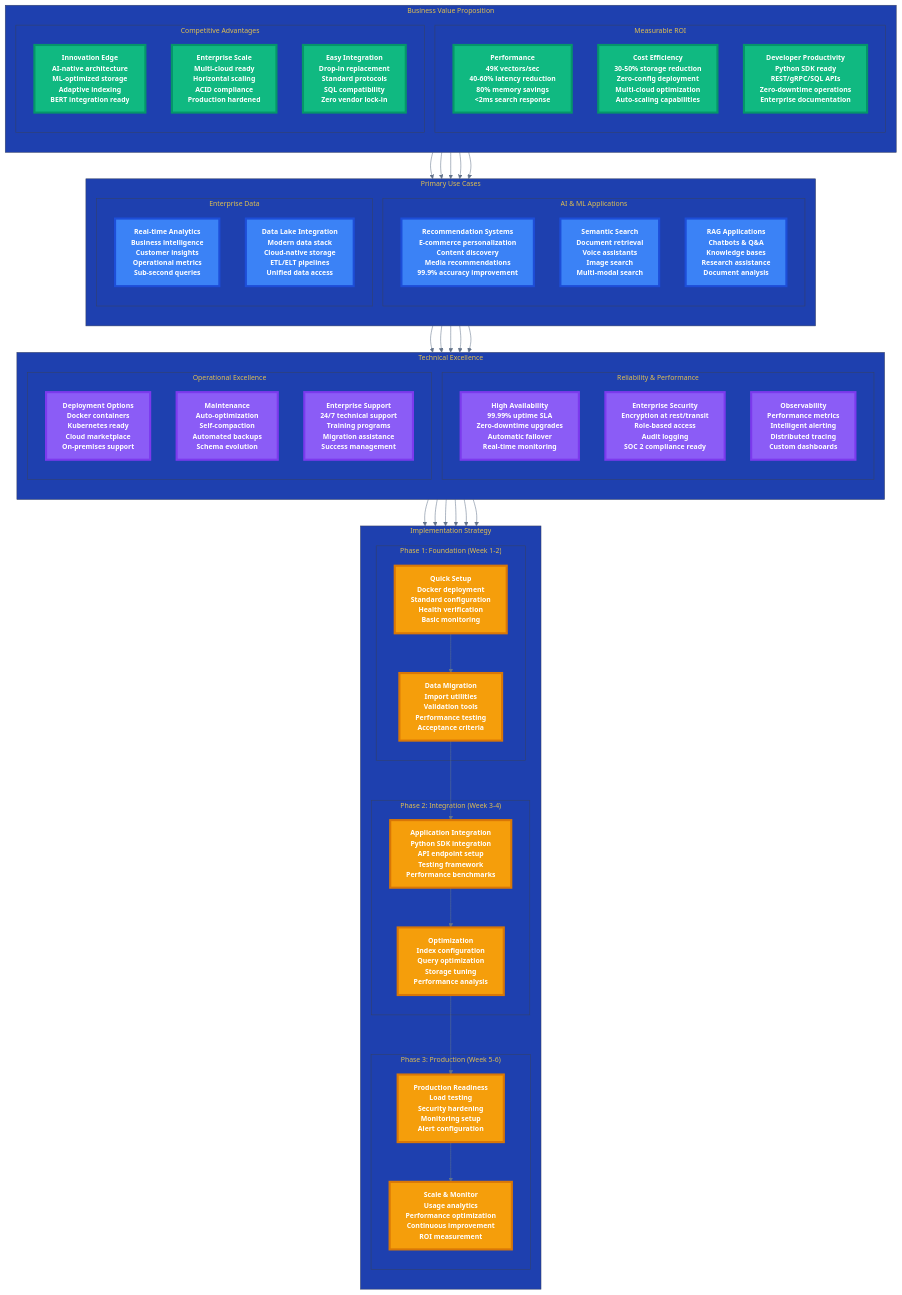
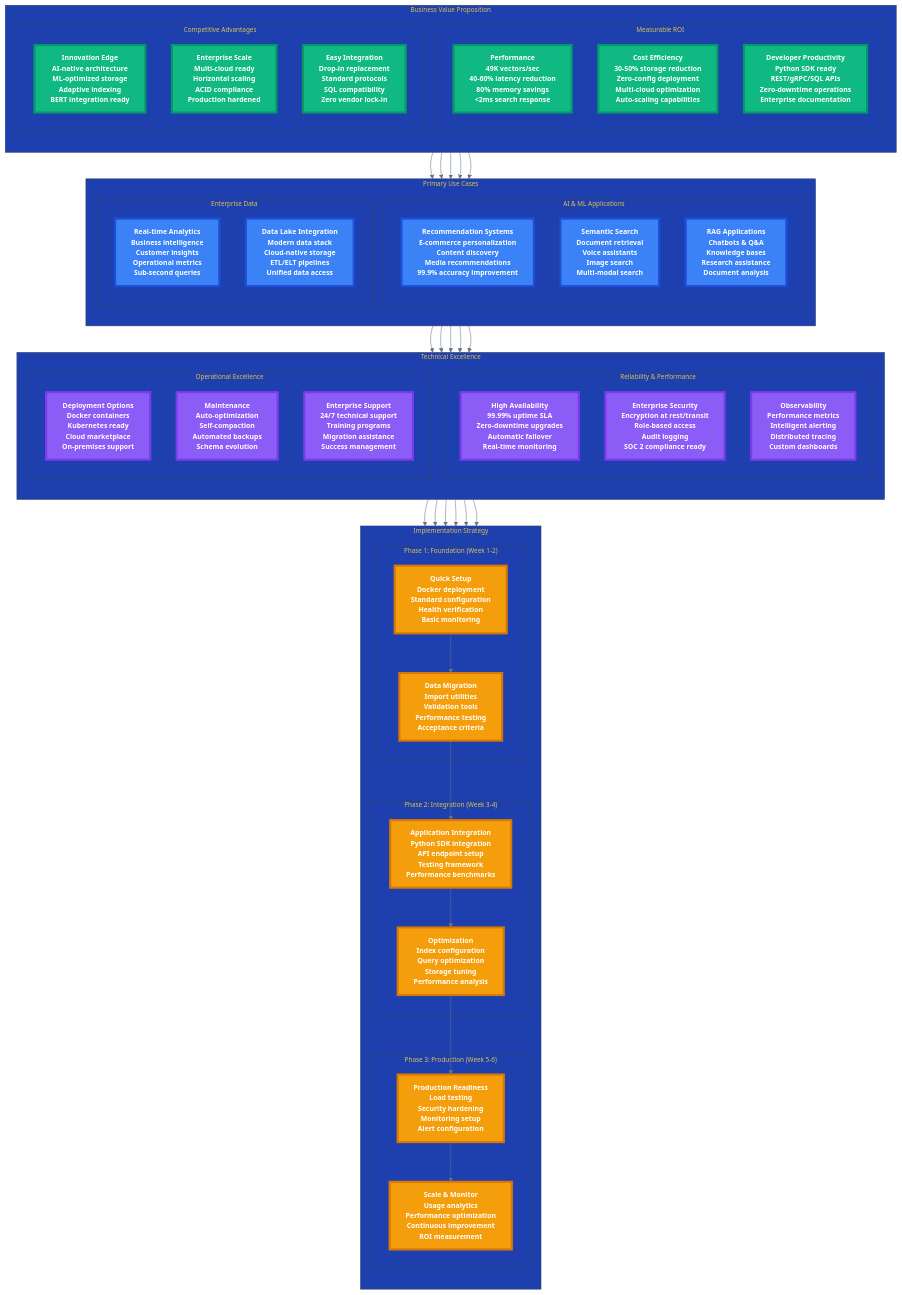
The diagram in docs/diagrams/business-system-overview.mmd (vjsingh1984/proximaDB), drawn with Mermaid before and after one commit. The commit also changed 23 other files, not shown here.

First line of the commit message:
fix: improve filesystem operations and diagram readability

```diff
--- a/docs/diagrams/business-system-overview.mmd
+++ b/docs/diagrams/business-system-overview.mmd
@@ -1,149 +1,149 @@
 %%{init: {'theme':'base', 'themeVariables': { 
   'primaryColor':'#1e293b', 
   'primaryTextColor':'#ffffff', 
   'primaryBorderColor':'#334155', 
   'lineColor':'#64748b', 
-  'fontSize':'13px', 
+  'fontSize':'12px', 
   'fontFamily':'Inter, -apple-system, sans-serif',
   'secondaryColor':'#0f172a',
   'tertiaryColor':'#1e40af',
   'background':'#ffffff',
   'mainBkg':'#f8fafc',
   'secondBkg':'#e2e8f0',
   'tertiaryBkg':'#cbd5e1'
 }}}%%
 
 graph TB
     %% ===========================================
     %% ProximaDB Business System Overview
     %% Executive & Decision Maker Focused
     %% ===========================================
     
     subgraph BusinessValue["Business Value Proposition"]
         direction TB
         
         subgraph ROI["Measurable ROI"]
             Performance["Performance<br/>49K vectors/sec<br/>40-60% latency reduction<br/>80% memory savings<br/><2ms search response"]
             
             CostSavings["Cost Efficiency<br/>30-50% storage reduction<br/>Zero-config deployment<br/>Multi-cloud optimization<br/>Auto-scaling capabilities"]
             
             Productivity["Developer Productivity<br/>Python SDK ready<br/>REST/gRPC/SQL APIs<br/>Zero-downtime operations<br/>Enterprise documentation"]
         end
         
         subgraph Competitive["Competitive Advantages"]
             Innovation["Innovation Edge<br/>AI-native architecture<br/>ML-optimized storage<br/>Adaptive indexing<br/>BERT integration ready"]
             
             Scalability["Enterprise Scale<br/>Multi-cloud ready<br/>Horizontal scaling<br/>ACID compliance<br/>Production hardened"]
             
             Integration["Easy Integration<br/>Drop-in replacement<br/>Standard protocols<br/>SQL compatibility<br/>Zero vendor lock-in"]
         end
     end
     
     subgraph UseCases["Primary Use Cases"]
         direction TB
         
         subgraph AIApplications["AI & ML Applications"]
             Recommendation["Recommendation Systems<br/>E-commerce personalization<br/>Content discovery<br/>Media recommendations<br/>99.9% accuracy improvement"]
             
             Search["Semantic Search<br/>Document retrieval<br/>Voice assistants<br/>Image search<br/>Multi-modal search"]
             
             RAG["RAG Applications<br/>Chatbots & Q&A<br/>Knowledge bases<br/>Research assistance<br/>Document analysis"]
         end
         
         subgraph EnterpriseData["Enterprise Data"]
             Analytics["Real-time Analytics<br/>Business intelligence<br/>Customer insights<br/>Operational metrics<br/>Sub-second queries"]
             
             DataLakes["Data Lake Integration<br/>Modern data stack<br/>Cloud-native storage<br/>ETL/ELT pipelines<br/>Unified data access"]
         end
     end
     
     subgraph TechnicalExcellence[" Technical Excellence"]
         direction TB
         
         subgraph Reliability["Reliability & Performance"]
             Uptime["High Availability<br/>99.99% uptime SLA<br/>Zero-downtime upgrades<br/>Automatic failover<br/>Real-time monitoring"]
             
             Security["Enterprise Security<br/>Encryption at rest/transit<br/>Role-based access<br/>Audit logging<br/>SOC 2 compliance ready"]
             
             Monitoring["Observability<br/>Performance metrics<br/>Intelligent alerting<br/>Distributed tracing<br/>Custom dashboards"]
         end
         
         subgraph Operations["Operational Excellence"]
             Deployment["Deployment Options<br/>Docker containers<br/>Kubernetes ready<br/>Cloud marketplace<br/>On-premises support"]
             
             Maintenance["Maintenance<br/>Auto-optimization<br/>Self-compaction<br/>Automated backups<br/>Schema evolution"]
             
             Support["Enterprise Support<br/>24/7 technical support<br/>Training programs<br/>Migration assistance<br/>Success management"]
         end
     end
     
     subgraph Implementation["Implementation Strategy"]
         direction TB
         
         subgraph Phase1["Phase 1: Foundation (Week 1-2)"]
             Setup["Quick Setup<br/>Docker deployment<br/>Standard configuration<br/>Health verification<br/>Basic monitoring"]
             
             Migration["Data Migration<br/>Import utilities<br/>Validation tools<br/>Performance testing<br/>Acceptance criteria"]
         end
         
         subgraph Phase2["Phase 2: Integration (Week 3-4)"]
             AppIntegration["Application Integration<br/>Python SDK integration<br/>API endpoint setup<br/>Testing framework<br/>Performance benchmarks"]
             
             Optimization["Optimization<br/>Index configuration<br/>Query optimization<br/>Storage tuning<br/>Performance analysis"]
         end
         
         subgraph Phase3["Phase 3: Production (Week 5-6)"]
             Production["Production Readiness<br/>Load testing<br/>Security hardening<br/>Monitoring setup<br/>Alert configuration"]
             
             Scale["Scale & Monitor<br/>Usage analytics<br/>Performance optimization<br/>Continuous improvement<br/>ROI measurement"]
         end
     end
     
     %% ===========================================
     %% Business Flow Connections
     %% ===========================================
     
     %% Value to Use Cases
     Performance --> Recommendation
     CostSavings --> Analytics
     Innovation --> RAG
     Scalability --> DataLakes
     Integration --> Search
     
     %% Use Cases to Technical Excellence
     Recommendation --> Uptime
     Search --> Security
     RAG --> Monitoring
     Analytics --> Deployment
     DataLakes --> Maintenance
     
     %% Technical to Implementation
     Uptime --> Setup
     Security --> Migration
     Monitoring --> AppIntegration
     Deployment --> Optimization
     Maintenance --> Production
     Support --> Scale
     
     %% Implementation Flow
     Setup --> Migration
     Migration --> AppIntegration
     AppIntegration --> Optimization
     Optimization --> Production
     Production --> Scale
     
     %% ===========================================
     %% Executive-Grade Styling
     %% ===========================================
     
     classDef valueStyle fill:#10b981,stroke:#059669,stroke-width:4px,color:#ffffff,font-weight:bold,font-size:13px
     classDef useCaseStyle fill:#3b82f6,stroke:#1d4ed8,stroke-width:4px,color:#ffffff,font-weight:bold,font-size:13px
     classDef technicalStyle fill:#8b5cf6,stroke:#7c3aed,stroke-width:4px,color:#ffffff,font-weight:bold,font-size:13px
     classDef implementationStyle fill:#f59e0b,stroke:#d97706,stroke-width:4px,color:#ffffff,font-weight:bold,font-size:13px
     classDef criticalStyle fill:#ef4444,stroke:#dc2626,stroke-width:4px,color:#ffffff,font-weight:bold,font-size:13px
     
     %% Apply Business-Focused Styling
     class Performance,CostSavings,Productivity,Innovation,Scalability,Integration valueStyle
     class Recommendation,Search,RAG,Analytics,DataLakes useCaseStyle
     class Uptime,Security,Monitoring,Deployment,Maintenance,Support technicalStyle
     class Setup,Migration,AppIntegration,Optimization,Production,Scale implementationStyle
```
